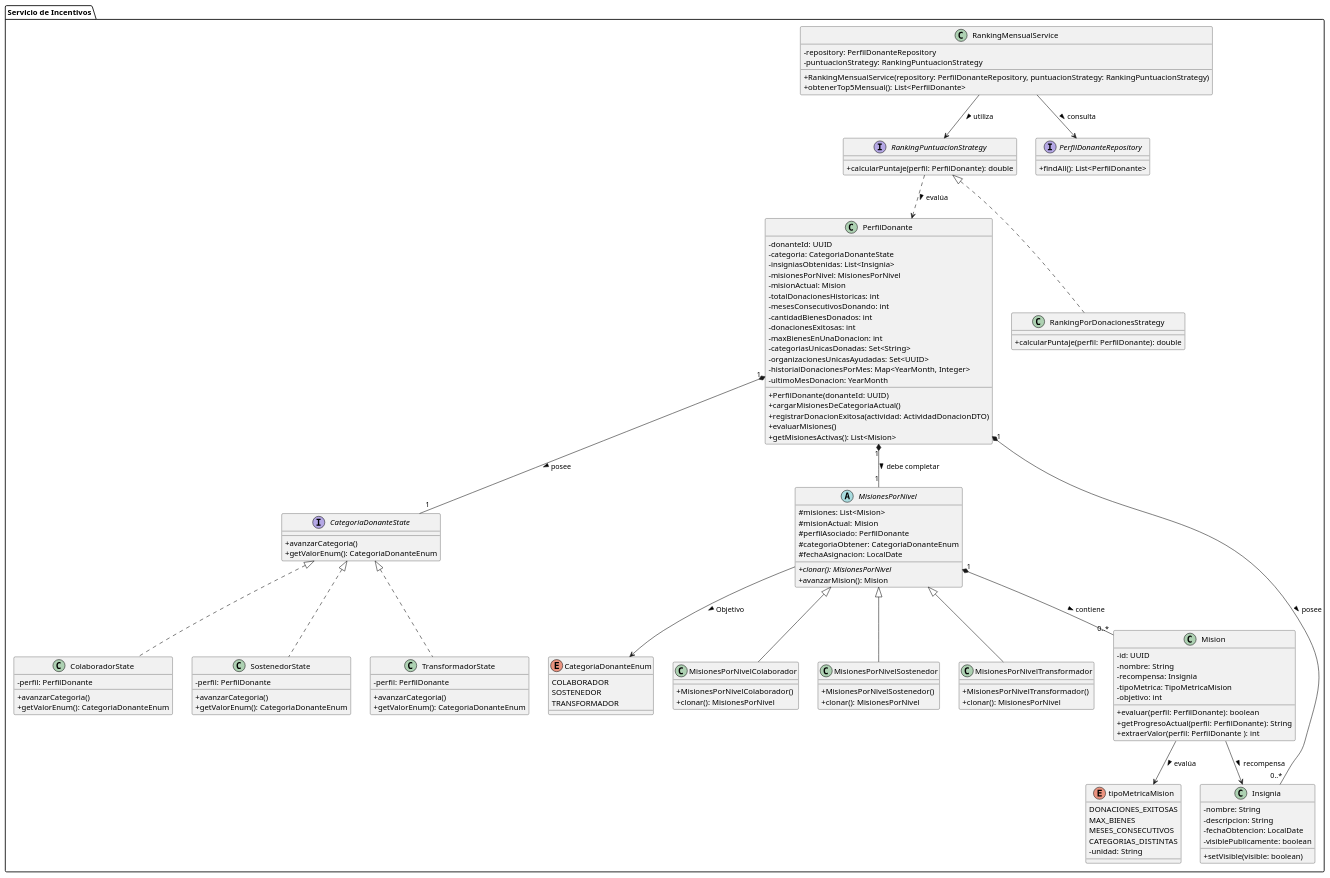
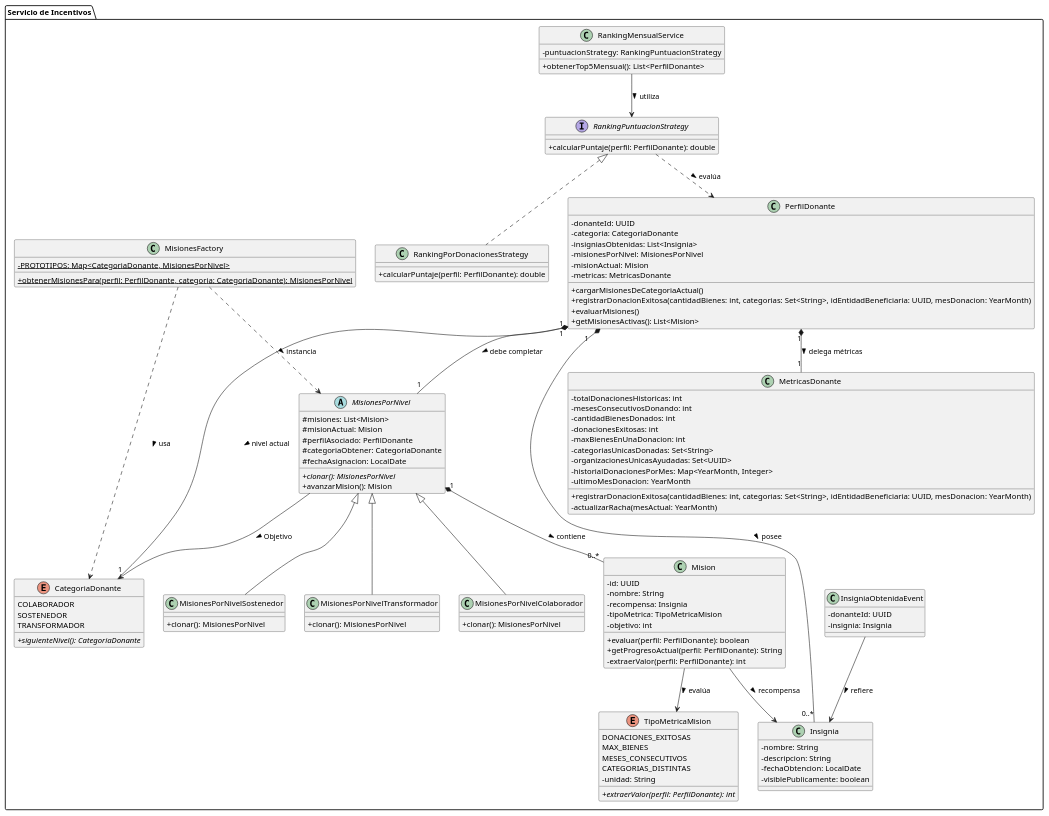
The diagram in diagramas/incentivos/ServicioIncentivos.puml (matefernandezcc/DonaTrack), drawn with PlantUML before and after one commit. The commit also changed 19 other files, not shown here.

```diff
--- a/diagramas/incentivos/ServicioIncentivos.puml
+++ b/diagramas/incentivos/ServicioIncentivos.puml
@@ -1,143 +1,135 @@
 @startuml ServicioIncentivos.puml
 skinparam classAttributeIconSize 0
 
 package "Servicio de Incentivos" {
 
-    enum CategoriaDonanteEnum {
+    enum CategoriaDonante {
         COLABORADOR
         SOSTENEDOR
         TRANSFORMADOR
+        + {abstract} siguienteNivel(): CategoriaDonante
     }
 
-    enum tipoMetricaMision {
+    enum TipoMetricaMision {
         DONACIONES_EXITOSAS
         MAX_BIENES
         MESES_CONSECUTIVOS
         CATEGORIAS_DISTINTAS
-        -unidad: String
+        - unidad: String
+        + {abstract} extraerValor(perfil: PerfilDonante): int
     }
 
-    interface CategoriaDonanteState {
-        + avanzarCategoria()
-        + getValorEnum(): CategoriaDonanteEnum
-    }
-
-    class ColaboradorState implements CategoriaDonanteState {
-        - perfil: PerfilDonante
-        + avanzarCategoria()
-        + getValorEnum(): CategoriaDonanteEnum
-    }
-
-    class SostenedorState implements CategoriaDonanteState {
-        - perfil: PerfilDonante
-        + avanzarCategoria()
-        + getValorEnum(): CategoriaDonanteEnum
-    }
-
-    class TransformadorState implements CategoriaDonanteState {
-        - perfil: PerfilDonante
-        + avanzarCategoria()
-        + getValorEnum(): CategoriaDonanteEnum
-    }
 
     class PerfilDonante {
         - donanteId: UUID
-        - categoria: CategoriaDonanteState
+        - categoria: CategoriaDonante
         - insigniasObtenidas: List<Insignia>
         - misionesPorNivel: MisionesPorNivel
         - misionActual: Mision
+        - metricas: MetricasDonante
+        + cargarMisionesDeCategoriaActual()
+        + registrarDonacionExitosa(cantidadBienes: int, categorias: Set<String>, idEntidadBeneficiaria: UUID, mesDonacion: YearMonth)
+        + evaluarMisiones()
+        + getMisionesActivas(): List<Mision>
+    }
+
+    class MetricasDonante {
         - totalDonacionesHistoricas: int
         - mesesConsecutivosDonando: int
         - cantidadBienesDonados: int
         - donacionesExitosas: int
         - maxBienesEnUnaDonacion: int
         - categoriasUnicasDonadas: Set<String>
         - organizacionesUnicasAyudadas: Set<UUID>
         - historialDonacionesPorMes: Map<YearMonth, Integer>
         - ultimoMesDonacion: YearMonth
-        + PerfilDonante(donanteId: UUID)
-        + cargarMisionesDeCategoriaActual()
-        + registrarDonacionExitosa(actividad: ActividadDonacionDTO)
-        + evaluarMisiones()
-        + getMisionesActivas(): List<Mision>
+        + registrarDonacionExitosa(cantidadBienes: int, categorias: Set<String>, idEntidadBeneficiaria: UUID, mesDonacion: YearMonth)
+        - actualizarRacha(mesActual: YearMonth)
     }
 
     abstract class MisionesPorNivel {
         # misiones: List<Mision>
         # misionActual: Mision
         # perfilAsociado: PerfilDonante
-        # categoriaObtener: CategoriaDonanteEnum
+        # categoriaObtener: CategoriaDonante
         # fechaAsignacion: LocalDate
         + {abstract} clonar(): MisionesPorNivel
         + avanzarMision(): Mision
     }
 
     class MisionesPorNivelColaborador extends MisionesPorNivel {
-        + MisionesPorNivelColaborador()
         + clonar(): MisionesPorNivel
     }
 
     class MisionesPorNivelSostenedor extends MisionesPorNivel {
-        + MisionesPorNivelSostenedor()
         + clonar(): MisionesPorNivel
     }
 
     class MisionesPorNivelTransformador extends MisionesPorNivel {
-        + MisionesPorNivelTransformador()
         + clonar(): MisionesPorNivel
     }
 
     class Mision {
         - id: UUID
         - nombre: String
         - recompensa: Insignia
         - tipoMetrica: TipoMetricaMision
         - objetivo: int
         + evaluar(perfil: PerfilDonante): boolean
         + getProgresoActual(perfil: PerfilDonante): String
-        + extraerValor(perfil: PerfilDonante ): int
+        - extraerValor(perfil: PerfilDonante): int
     }
 
     class Insignia {
         - nombre: String
         - descripcion: String
         - fechaObtencion: LocalDate
         - visiblePublicamente: boolean
-        + setVisible(visible: boolean)
+    }
+
+    class InsigniaObtenidaEvent {
+        - donanteId: UUID
+        - insignia: Insignia
+    }
+
+    class MisionesFactory {
+        - {static} PROTOTIPOS: Map<CategoriaDonante, MisionesPorNivel>
+        + {static} obtenerMisionesPara(perfil: PerfilDonante, categoria: CategoriaDonante): MisionesPorNivel
     }
 
     class RankingMensualService {
-        - repository: PerfilDonanteRepository
         - puntuacionStrategy: RankingPuntuacionStrategy
-        + RankingMensualService(repository: PerfilDonanteRepository, puntuacionStrategy: RankingPuntuacionStrategy)
         + obtenerTop5Mensual(): List<PerfilDonante>
     }
 
     interface RankingPuntuacionStrategy {
         + calcularPuntaje(perfil: PerfilDonante): double
     }
 
     class RankingPorDonacionesStrategy implements RankingPuntuacionStrategy {
         + calcularPuntaje(perfil: PerfilDonante): double
     }
 
-    interface PerfilDonanteRepository {
-        + findAll(): List<PerfilDonante>
-    }
+
 
     ' Relaciones
-    PerfilDonante "1" *-- "1" CategoriaDonanteState : posee >
+    PerfilDonante "1" *-- "1" CategoriaDonante : nivel actual >
     PerfilDonante "1" *-- "1" MisionesPorNivel : debe completar >
     PerfilDonante "1" *-- "0..*" Insignia : posee >
 
     MisionesPorNivel "1" *-- "0..*" Mision : contiene >
-    MisionesPorNivel --> CategoriaDonanteEnum : Objetivo >
+    MisionesPorNivel --> CategoriaDonante : Objetivo >
 
     Mision --> Insignia : recompensa >
-    Mision --> tipoMetricaMision : evalúa >
+    Mision --> TipoMetricaMision : evalúa >
+    PerfilDonante "1" *-- "1" MetricasDonante : delega métricas >
 
-    RankingMensualService --> PerfilDonanteRepository : consulta >
+    MisionesFactory ..> MisionesPorNivel : instancia >
+    MisionesFactory ..> CategoriaDonante : usa >
+
+    InsigniaObtenidaEvent --> Insignia : refiere >
+
     RankingMensualService --> RankingPuntuacionStrategy : utiliza >
     RankingPuntuacionStrategy ..> PerfilDonante : evalúa >
 }
 @enduml
```
